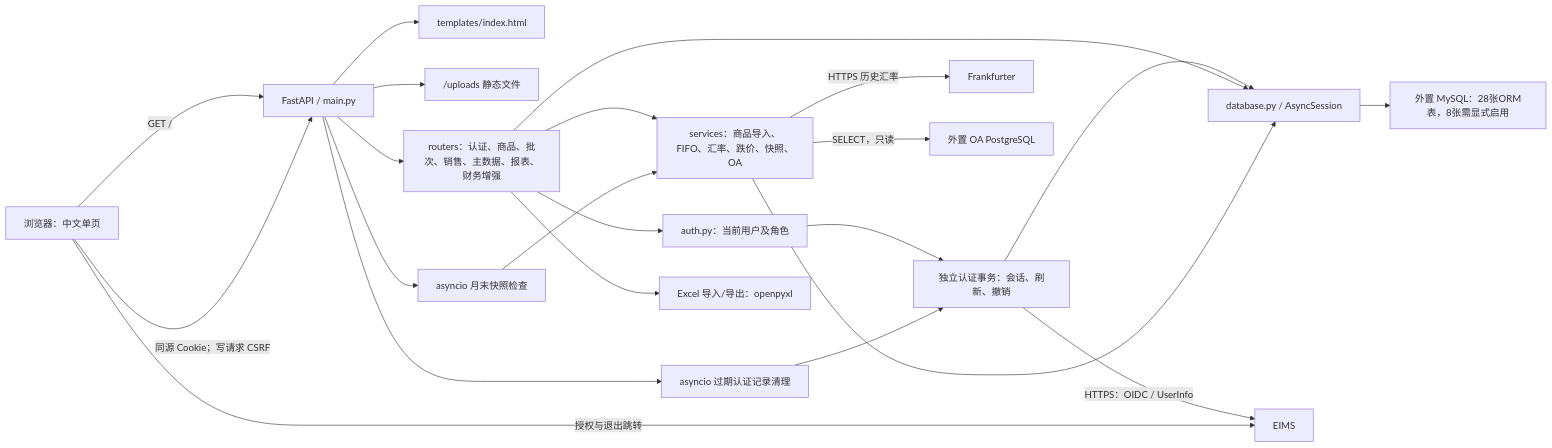
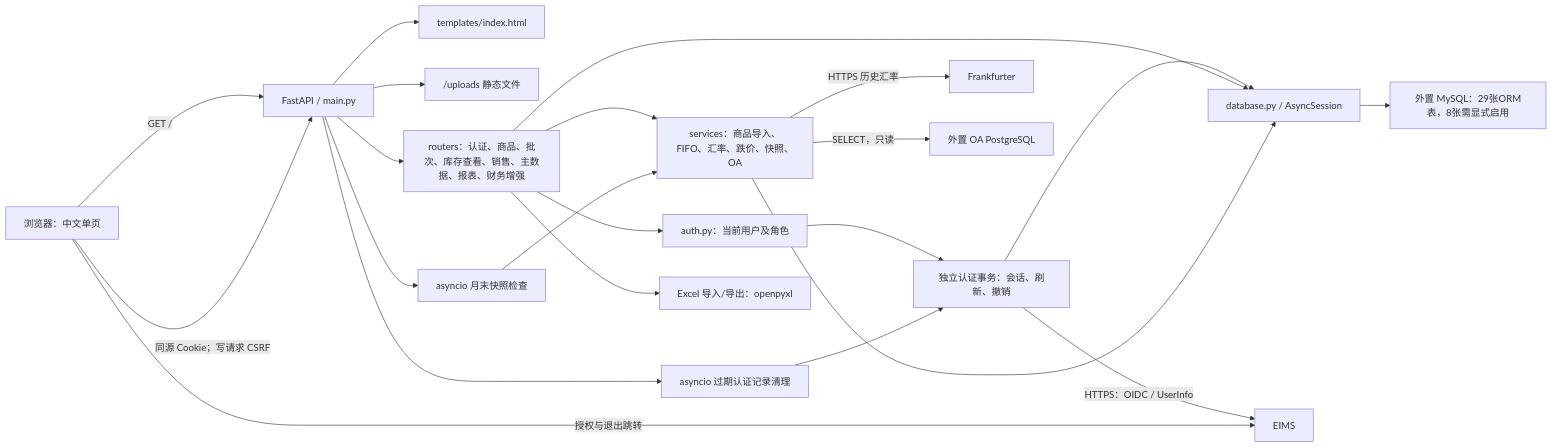
Before and after one commit to yueweiit/FastAPIProject: the diagram in docs/knowledge/architecture.md, drawn with Mermaid. The commit also changed 26 other files, not shown here.

````diff
--- a/docs/knowledge/architecture.md
+++ b/docs/knowledge/architecture.md
@@ -7,24 +7,24 @@
 ```mermaid
 flowchart LR
     U["浏览器：中文单页"] -->|"GET /"| A["FastAPI / main.py"]
     U -->|"同源 Cookie；写请求 CSRF"| A
     A --> T["templates/index.html"]
     A --> UP["/uploads 静态文件"]
-    A --> R["routers：认证、商品、批次、销售、主数据、报表、财务增强"]
+    A --> R["routers：认证、商品、批次、库存查看、销售、主数据、报表、财务增强"]
     R --> AU["auth.py：当前用户及角色"]
     R --> S["services：商品导入、FIFO、汇率、跌价、快照、OA"]
     AU --> SS["独立认证事务：会话、刷新、撤销"]
     SS --> DB
     SS -->|"HTTPS：OIDC / UserInfo"| EI["EIMS"]
     U -->|"授权与退出跳转"| EI
     R --> DB["database.py / AsyncSession"]
     S --> DB
-    DB --> M["外置 MySQL：28张ORM表，8张需显式启用"]
+    DB --> M["外置 MySQL：29张ORM表，8张需显式启用"]
     S -->|"HTTPS 历史汇率"| FX["Frankfurter"]
     S -->|"SELECT，只读"| OA["外置 OA PostgreSQL"]
     A --> W["asyncio 月末快照检查"]
     A --> AW["asyncio 过期认证记录清理"]
     AW --> SS
     W --> S
     R --> XL["Excel 导入/导出：openpyxl"]
 ```
````
